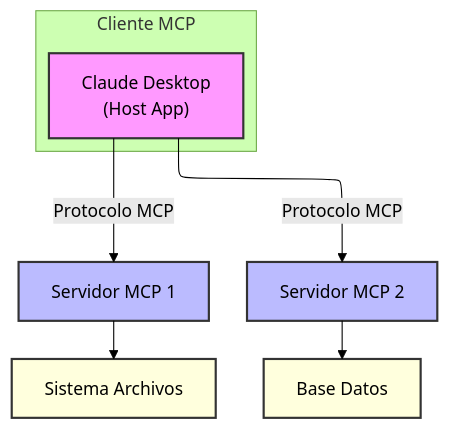
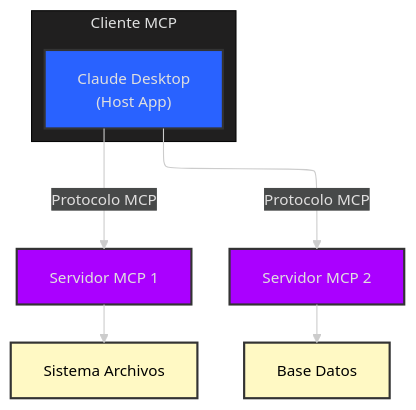
One commit to pepemxl/Machine-Learning-Notes changed the second of 2 diagrams in docs/10_LLM/MCP/section_01.es.md. Above: the diagram before and after it, drawn with Mermaid. The commit also changed other lines of this file and 1 other file, not shown here.

Commit message:
update diagram

````diff
--- a/docs/10_LLM/MCP/section_01.es.md
+++ b/docs/10_LLM/MCP/section_01.es.md
@@ -138,20 +138,20 @@
 ```mermaid
 ---
 config:
-  theme: forest
+  theme: neo-dark
   layout: elk
+  look: classic
 ---
-graph TD
-    A["Claude Desktop<br>(Host App)"] -->|Protocolo MCP| B[Servidor MCP 1]
-    A -->|Protocolo MCP| C[Servidor MCP 2]
-    B --> D[Sistema Archivos]
-    C --> E[Base Datos]
-    style A fill:#f9f,stroke:#333,stroke-width:2px
-    style B fill:#bbf,stroke:#333,stroke-width:2px
-    style C fill:#bbf,stroke:#333,stroke-width:2px
-    style D fill:#ffd,stroke:#333,stroke-width:2px
-    style E fill:#ffd,stroke:#333,stroke-width:2px
-    subgraph "Cliente MCP"
-        A
-    end
+flowchart TB
+ subgraph subGraph0["Cliente MCP"]
+        A["Claude Desktop<br>(Host App)"]
+  end
+    A -- Protocolo MCP --> B["Servidor MCP 1"] & C["Servidor MCP 2"]
+    B --> D["Sistema Archivos"]
+    C --> E["Base Datos"]
+    style A fill:#2962FF,stroke:#333,stroke-width:2px
+    style B fill:#AA00FF,stroke:#333,stroke-width:2px
+    style C fill:#AA00FF,stroke:#333,stroke-width:2px
+    style D fill:#FFF9C4,stroke:#333,stroke-width:2px,color:#000000
+    style E fill:#FFF9C4,stroke:#333,stroke-width:2px,color:#000000
 ```
````
